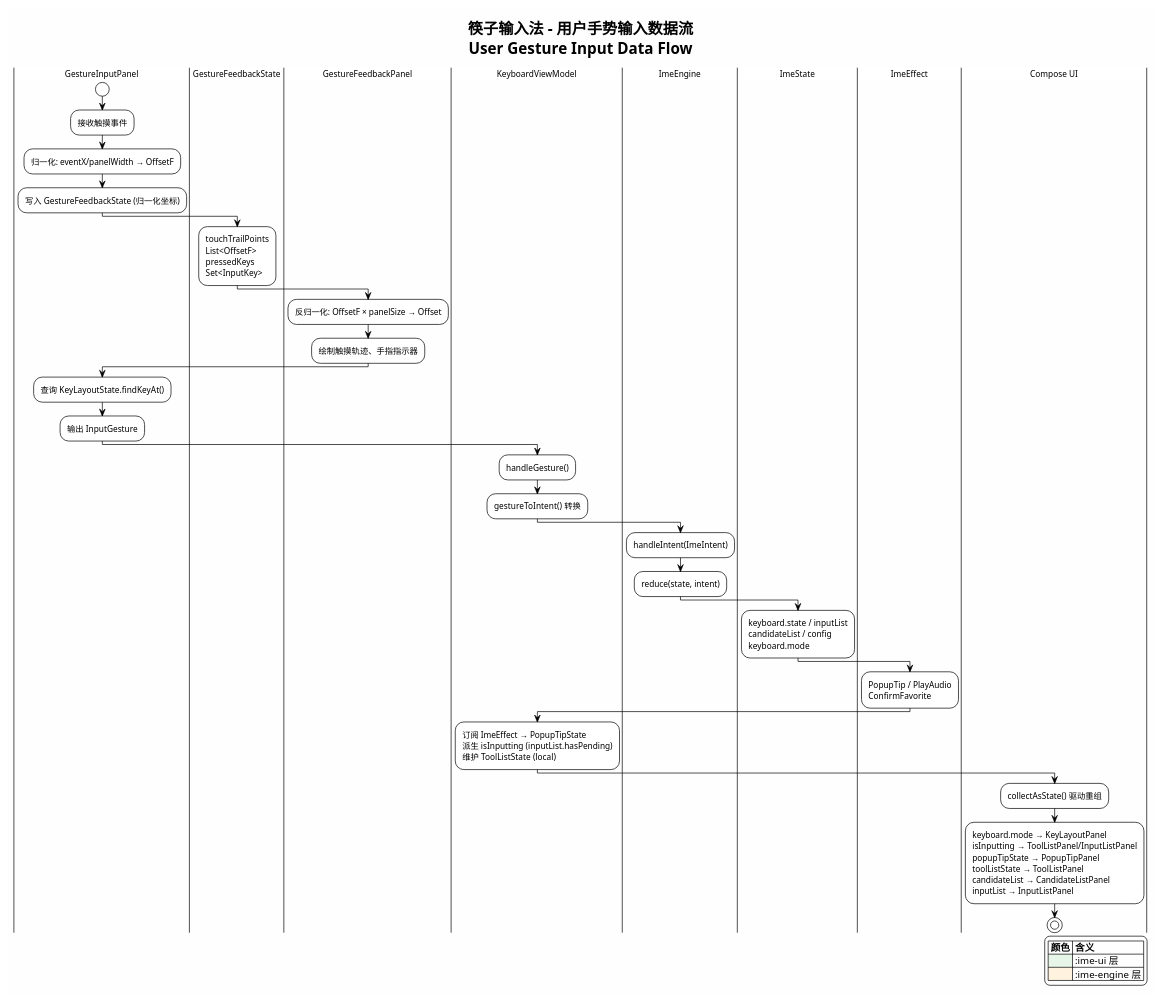
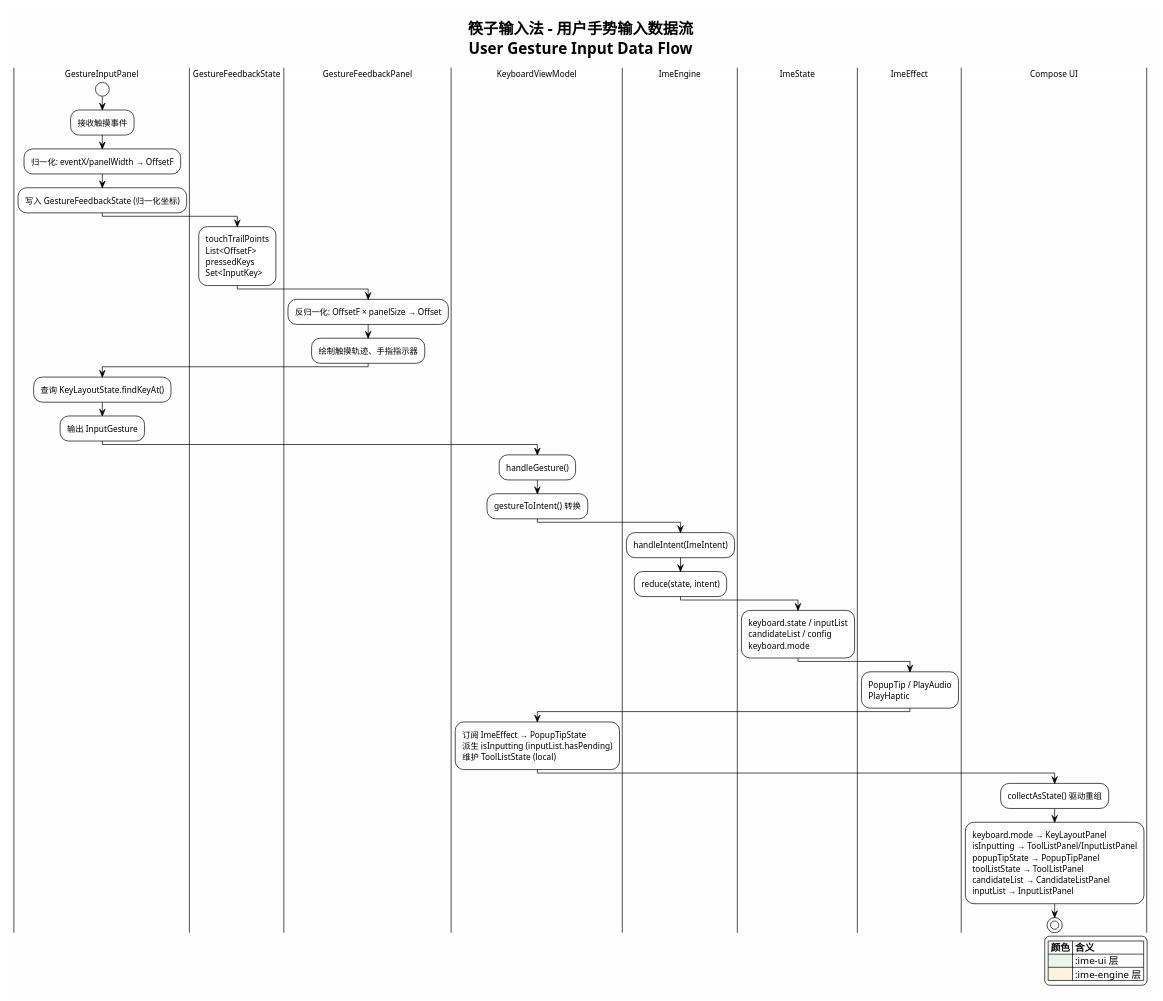
The diagram in docs/ai-agent/v4/design/diagrams/ui-gesture-input-data-flow.puml (crazydan-studio/kuaizi-ime-android), drawn with PlantUML before and after one commit. The commit also changed 5 other files, not shown here.

Commit message:
refactor(docs): 收藏独立化、移除ConfirmFavorite，收藏提示改用PopupTip.Action

```diff
--- a/docs/ai-agent/v4/design/diagrams/ui-gesture-input-data-flow.puml
+++ b/docs/ai-agent/v4/design/diagrams/ui-gesture-input-data-flow.puml
@@ -1,56 +1,56 @@
 @startuml ui-gesture-input-data-flow
 !theme plain
 skinparam backgroundColor #FEFEFE
 skinparam shadowing false
 skinparam defaultFontSize 12
 skinparam activityFontSize 12
 
 title 筷子输入法 - 用户手势输入数据流\nUser Gesture Input Data Flow
 
 |GestureInputPanel|
 start
 :接收触摸事件;
 :归一化: eventX/panelWidth → OffsetF;
 :写入 GestureFeedbackState (归一化坐标);
 
 |GestureFeedbackState|
 :touchTrailPoints\nList<OffsetF>\npressedKeys\nSet<InputKey>;
 
 |GestureFeedbackPanel|
 :反归一化: OffsetF × panelSize → Offset;
 :绘制触摸轨迹、手指指示器;
 
 |GestureInputPanel|
 :查询 KeyLayoutState.findKeyAt();
 :输出 InputGesture;
 
 |KeyboardViewModel|
 :handleGesture();
 :gestureToIntent() 转换;
 
 |ImeEngine|
 :handleIntent(ImeIntent);
 :reduce(state, intent);
 
 |ImeState|
 :keyboard.state / inputList\ncandidateList / config\nkeyboard.mode;
 
 |ImeEffect|
-:PopupTip / PlayAudio\nConfirmFavorite;
+:PopupTip / PlayAudio\nPlayHaptic;
 
 |KeyboardViewModel|
 :订阅 ImeEffect → PopupTipState\n派生 isInputting (inputList.hasPending)\n维护 ToolListState (local);
 
 |Compose UI|
 :collectAsState() 驱动重组;
 :keyboard.mode → KeyLayoutPanel\nisInputting → ToolListPanel/InputListPanel\npopupTipState → PopupTipPanel\ntoolListState → ToolListPanel\ncandidateList → CandidateListPanel\ninputList → InputListPanel;
 
 stop
 
 legend right
     |= 颜色 |= 含义 |
     |<#E8F5E9>| :ime-ui 层 |
     |<#FFF3E0>| :ime-engine 层 |
 endlegend
 
 @enduml
```
